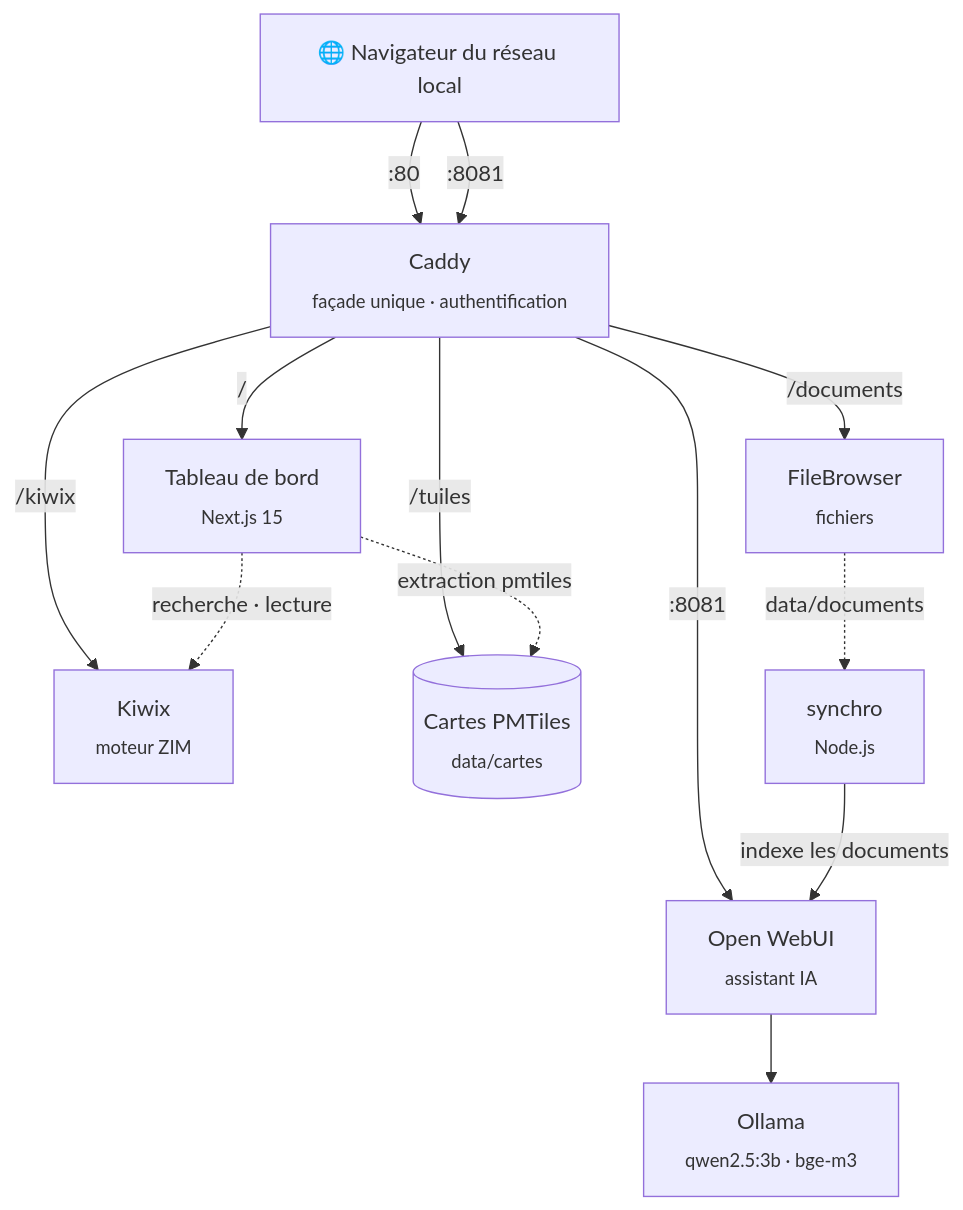
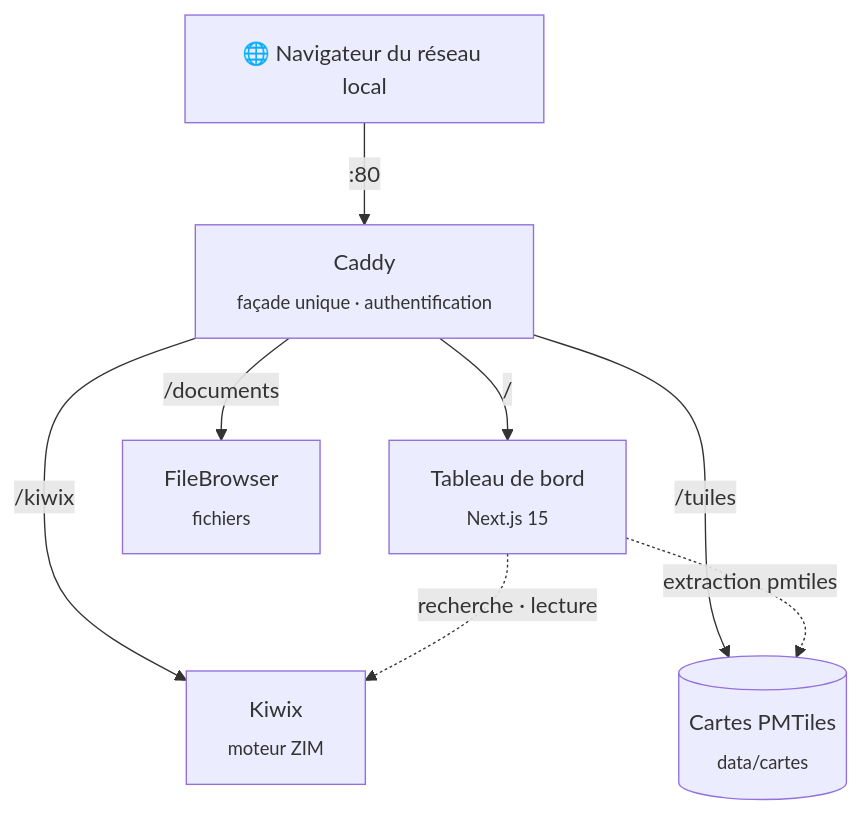
One commit to Gorgo126/ODIN changed the second of 2 diagrams in README.md. Above: the diagram before and after it, drawn with Mermaid. The commit also changed other lines of this file and 11 other files, not shown here.

First line of the commit message:
Assistant, lot 1 : retrait d'Open WebUI, de synchro et du port 8081

````diff
--- a/README.md
+++ b/README.md
@@ -97,16 +95,11 @@
 ```mermaid
 flowchart TB
     N["🌐 Navigateur du réseau local"] -->|":80"| CA
-    N -->|":8081"| CA
     CA["Caddy<br/><sub>façade unique · authentification</sub>"]
     CA -->|"/"| D["Tableau de bord<br/><sub>Next.js 15</sub>"]
     CA -->|"/kiwix"| K["Kiwix<br/><sub>moteur ZIM</sub>"]
     CA -->|"/documents"| F["FileBrowser<br/><sub>fichiers</sub>"]
     CA -->|"/tuiles"| T[("Cartes PMTiles<br/><sub>data/cartes</sub>")]
-    CA -->|":8081"| W["Open WebUI<br/><sub>assistant IA</sub>"]
-    W --> OL["Ollama<br/><sub>qwen2.5:3b · bge-m3</sub>"]
-    SY["synchro<br/><sub>Node.js</sub>"] -->|"indexe les documents"| W
-    F -.->|"data/documents"| SY
     D -.->|"recherche · lecture"| K
     D -.->|"extraction pmtiles"| T
 ```
````
